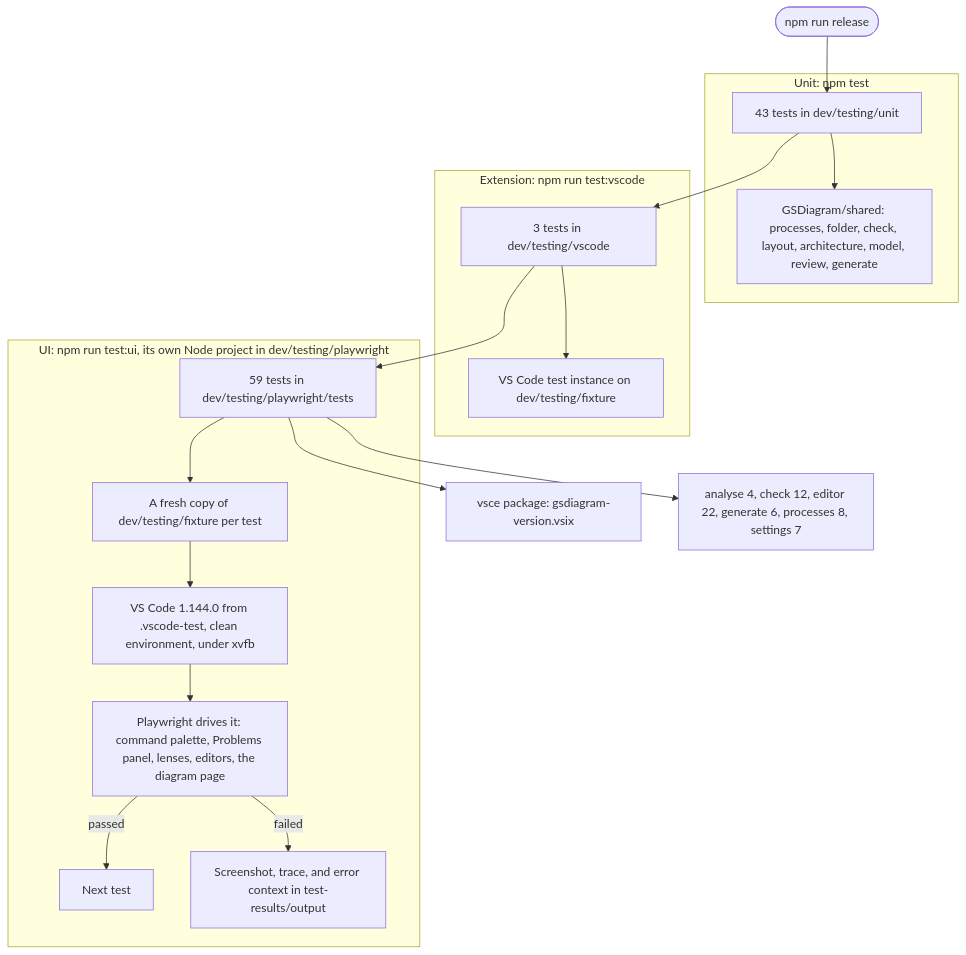
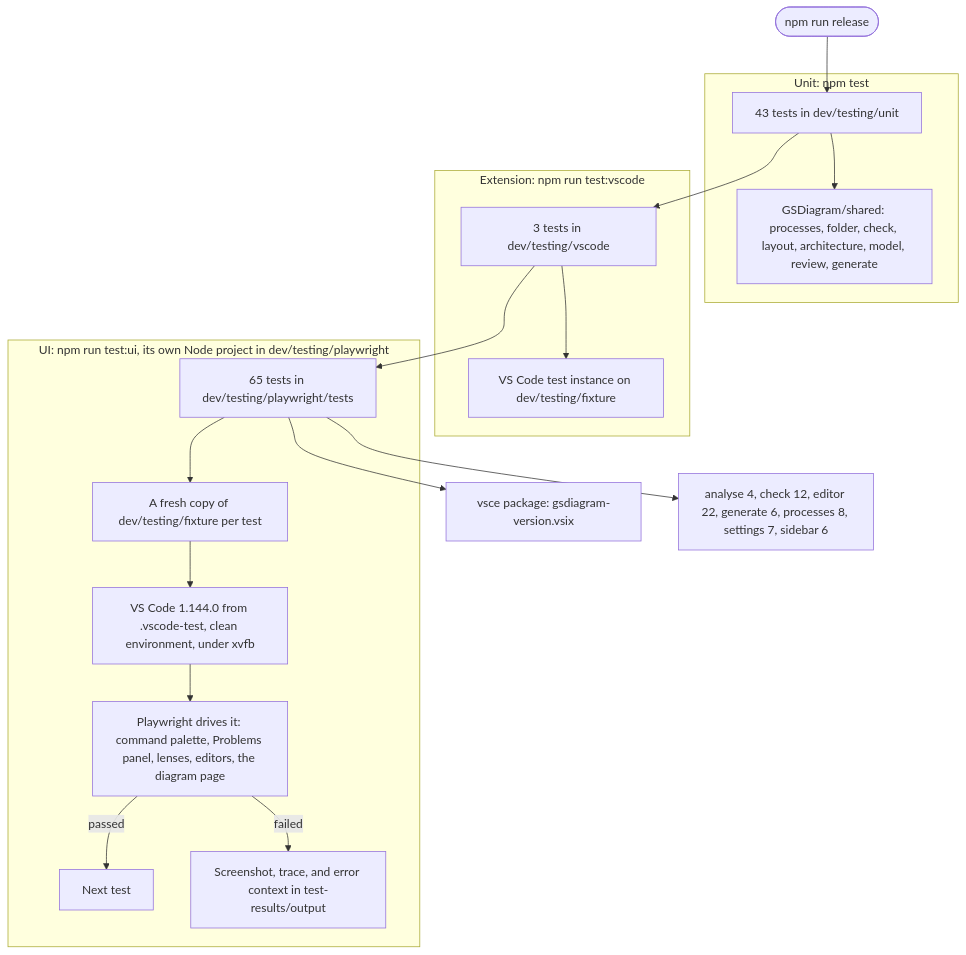
One commit to carltham/GSDiagram changed the diagram in dev/testing/tests.mmd. Above: the diagram before and after it, drawn with Mermaid. The commit also changed 15 other files, not shown here.

First line of the commit message:
Add the GSDiagram side bar

```diff
--- a/dev/testing/tests.mmd
+++ b/dev/testing/tests.mmd
@@ -1,24 +1,24 @@
 %% How GSDiagram is tested: the three suites, what each runs against, and what npm run release does with them.
 flowchart TD
     release([npm run release]) --> unit
     unit --> ext
     ext --> ui
     ui --> package[vsce package: gsdiagram-version.vsix]
 
     subgraph unitSuite [Unit: npm test]
         unit[43 tests in dev/testing/unit] --> shared[GSDiagram/shared: processes, folder, check, layout, architecture, model, review, generate]
     end
 
     subgraph extSuite [Extension: npm run test:vscode]
         ext[3 tests in dev/testing/vscode] --> testVsCode[VS Code test instance on dev/testing/fixture]
     end
 
     subgraph uiSuite [UI: npm run test:ui, its own Node project in dev/testing/playwright]
-        ui[59 tests in dev/testing/playwright/tests] --> fresh[A fresh copy of dev/testing/fixture per test]
+        ui[65 tests in dev/testing/playwright/tests] --> fresh[A fresh copy of dev/testing/fixture per test]
         fresh --> start[VS Code 1.144.0 from .vscode-test, clean environment, under xvfb]
         start --> drive[Playwright drives it: command palette, Problems panel, lenses, editors, the diagram page]
         drive -->|passed| next[Next test]
         drive -->|failed| evidence[Screenshot, trace, and error context in test-results/output]
     end
 
-    ui --> specs[analyse 4, check 12, editor 22, generate 6, processes 8, settings 7]
+    ui --> specs[analyse 4, check 12, editor 22, generate 6, processes 8, settings 7, sidebar 6]
```
